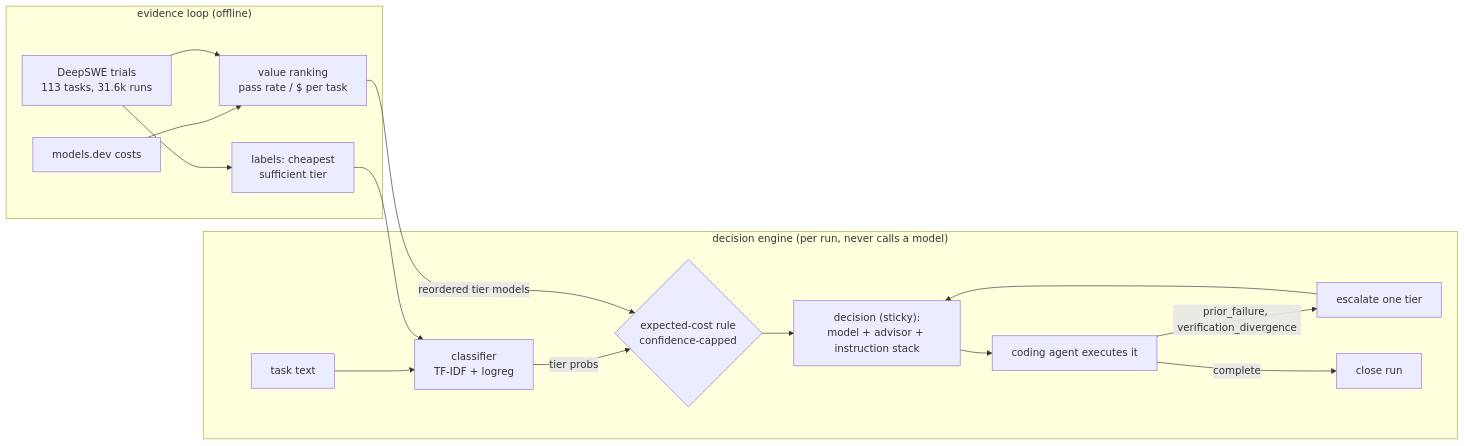
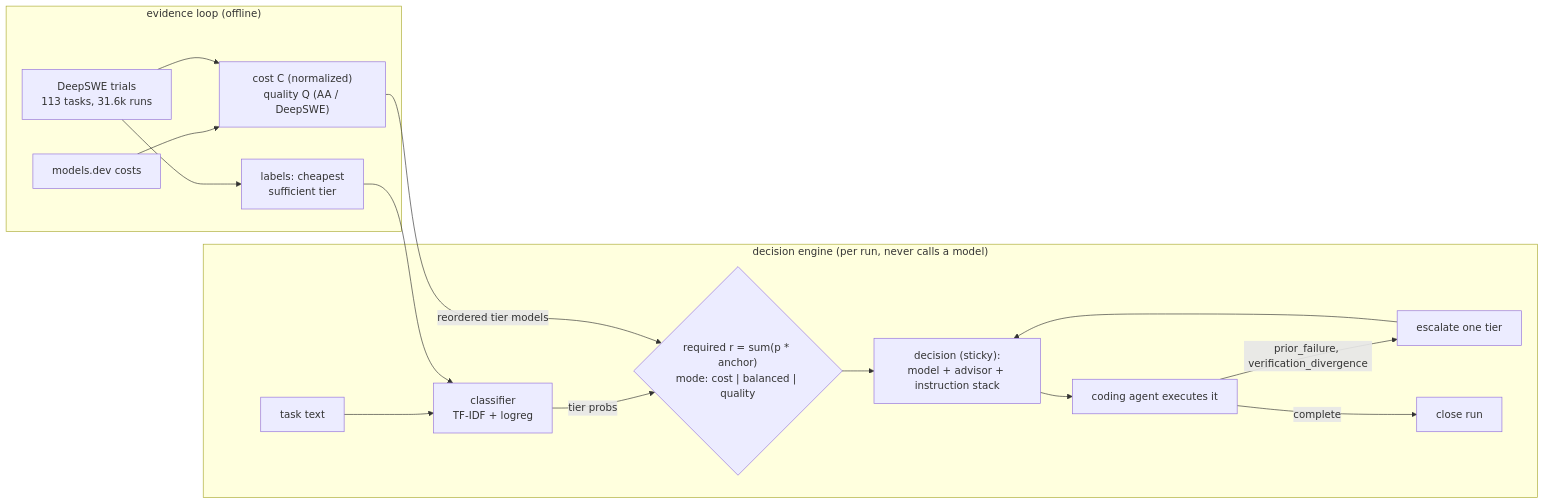
The diagram in README.md (darvh/model-router), drawn with Mermaid before and after one commit. The commit also changed other lines of this file and 5 other files, not shown here.

First line of the commit message:
refactor: first-principles mode objectives (cost/quality/balanced)

````diff
--- a/README.md
+++ b/README.md
@@ -19,20 +19,20 @@
 ```mermaid
 flowchart LR
     subgraph Evidence["evidence loop (offline)"]
-        MD["models.dev costs"] --> RK["value ranking<br/>pass rate / $ per task"]
+        MD["models.dev costs"] --> RK["cost C (normalized)<br/>quality Q (AA / DeepSWE)"]
         DW["DeepSWE trials<br/>113 tasks, 31.6k runs"] --> LB["labels: cheapest<br/>sufficient tier"]
         DW --> RK
     end
 
     subgraph Engine["decision engine (per run, never calls a model)"]
         T["task text"] --> CL["classifier<br/>TF-IDF + logreg"]
         LB --> CL
-        CL -->|tier probs| X{"expected-cost rule<br/>confidence-capped"}
+        CL -->|tier probs| X{"required r = sum(p * anchor)<br/>mode: cost | balanced | quality"}
         RK -->|reordered tier models| X
         X --> D["decision (sticky):<br/>model + advisor + instruction stack"]
         D --> H["coding agent executes it"]
         H -->|"prior_failure, verification_divergence"| ES["escalate one tier"]
         ES --> D
         H -->|complete| Z["close run"]
     end
 ```
````
